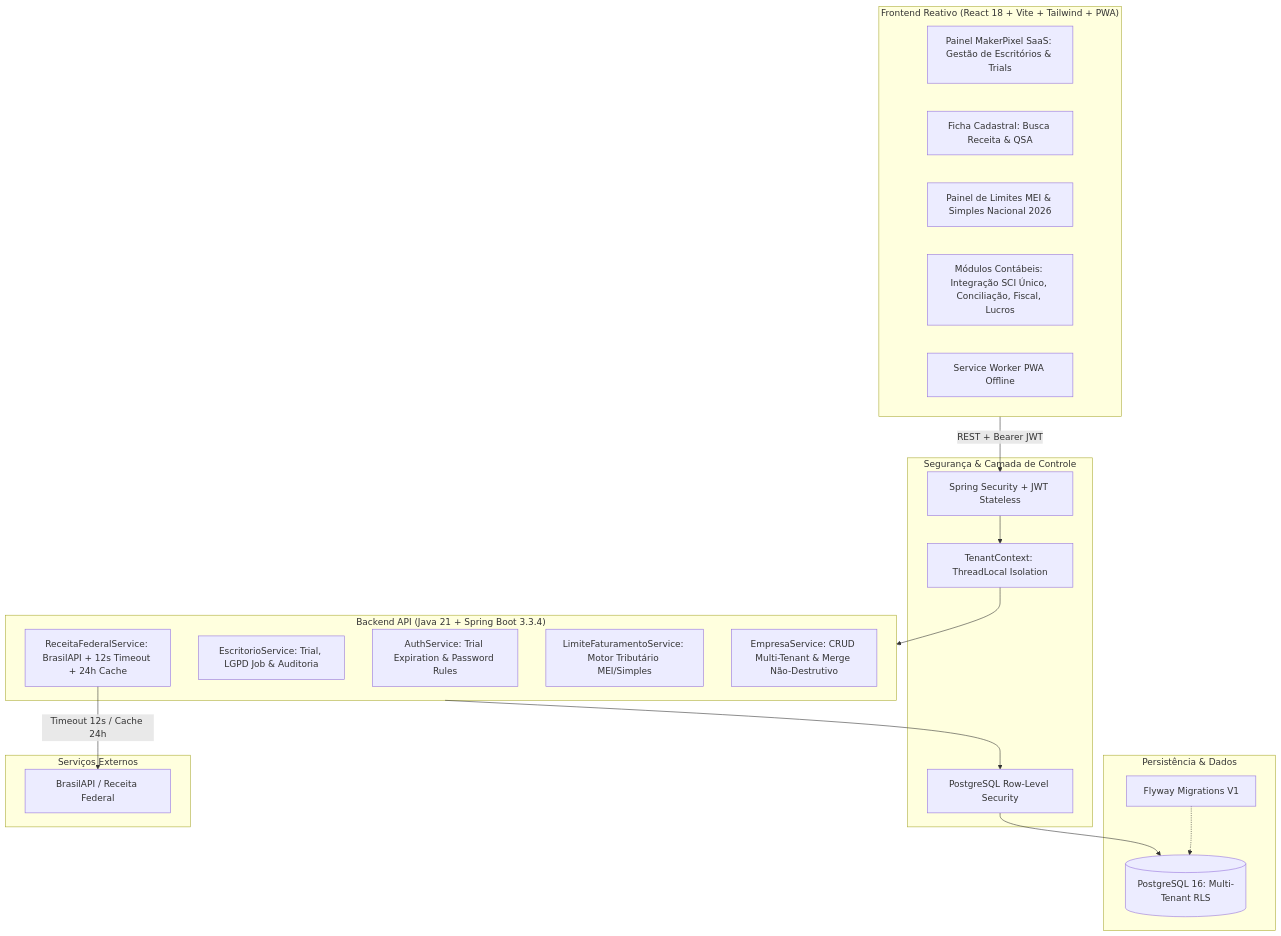
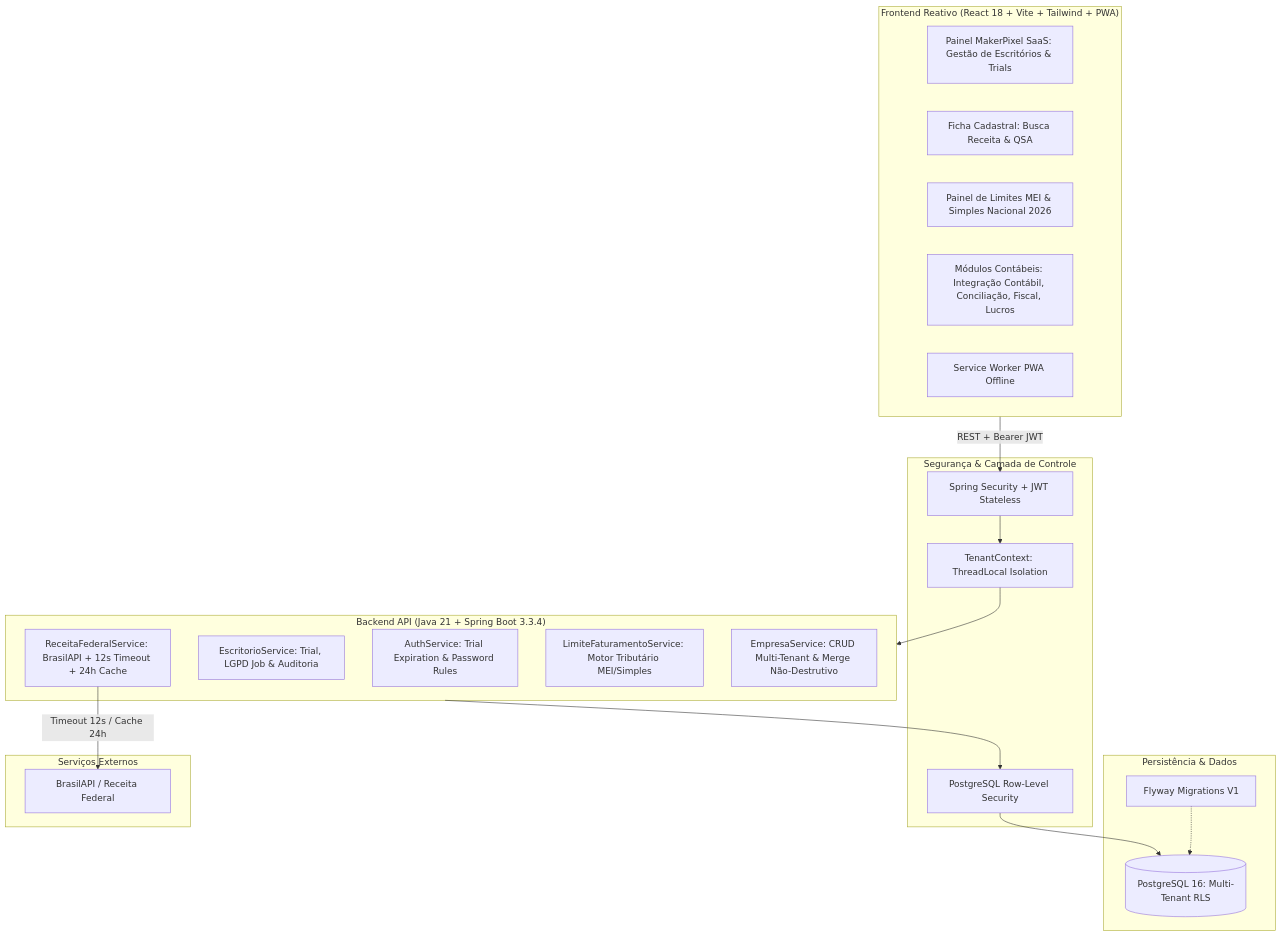
The diagram in README.md (Mauricio-G-Oliveira/makerpixel-gestao), drawn with Mermaid before and after one commit. The commit also changed other lines of this file and 15 other files, not shown here.

````diff
--- a/README.md
+++ b/README.md
@@ -47,41 +47,41 @@
 ```mermaid
 flowchart TD
     subgraph Client ["Frontend Reativo (React 18 + Vite + Tailwind + PWA)"]
         UI1[Painel MakerPixel SaaS: Gestão de Escritórios & Trials]
         UI2[Ficha Cadastral: Busca Receita & QSA]
         UI3[Painel de Limites MEI & Simples Nacional 2026]
-        UI4[Módulos Contábeis: Integração SCI Único, Conciliação, Fiscal, Lucros]
+        UI4[Módulos Contábeis: Integração Contábil, Conciliação, Fiscal, Lucros]
         SW[Service Worker PWA Offline]
     end
 
     subgraph Gateway ["Segurança & Camada de Controle"]
         SEC[Spring Security + JWT Stateless]
         TC[TenantContext: ThreadLocal Isolation]
         RLS_POL[PostgreSQL Row-Level Security]
     end
 
     subgraph Backend ["Backend API (Java 21 + Spring Boot 3.3.4)"]
         AUTH_SRV[AuthService: Trial Expiration & Password Rules]
         ESC_SRV[EscritorioService: Trial, LGPD Job & Auditoria]
         REC_SRV[ReceitaFederalService: BrasilAPI + 12s Timeout + 24h Cache]
         LIM_SRV[LimiteFaturamentoService: Motor Tributário MEI/Simples]
         EMP_SRV[EmpresaService: CRUD Multi-Tenant & Merge Não-Destrutivo]
     end
 
     subgraph Storage ["Persistência & Dados"]
         PG[(PostgreSQL 16: Multi-Tenant RLS)]
         FLY[Flyway Migrations V1]
     end
 
     subgraph External ["Serviços Externos"]
         BRAPI[BrasilAPI / Receita Federal]
     end
 
     Client -->|REST + Bearer JWT| SEC
     SEC --> TC
     TC --> Backend
     REC_SRV -->|Timeout 12s / Cache 24h| BRAPI
     Backend --> RLS_POL
     RLS_POL --> PG
     FLY -.-> PG
 ```
````
